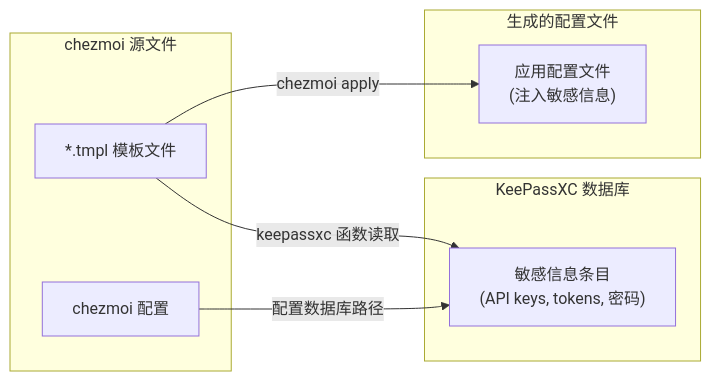
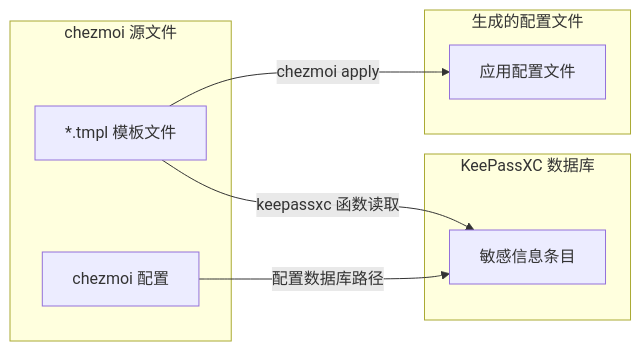
The diagram in README.md (phenix3443/dotfiles), drawn with Mermaid before and after one commit. The commit also changed other lines of this file and 5 other files, not shown here.

````diff
--- a/README.md
+++ b/README.md
@@ -14,19 +14,19 @@
 ```mermaid
 flowchart LR
     subgraph Source [chezmoi 源文件]
         Template["*.tmpl 模板文件"]
         Data["chezmoi 配置"]
     end
 
     subgraph KeePassXC [KeePassXC 数据库]
-        Entries["敏感信息条目<br/>(API keys, tokens, 密码)"]
+        Entries["敏感信息条目"]
     end
 
     subgraph Output [生成的配置文件]
-        Config["应用配置文件<br/>(注入敏感信息)"]
+        Config["应用配置文件"]
     end
 
     Template -->|keepassxc 函数读取| Entries
     Template -->|chezmoi apply| Config
     Data -->|配置数据库路径| Entries
 ```
````
